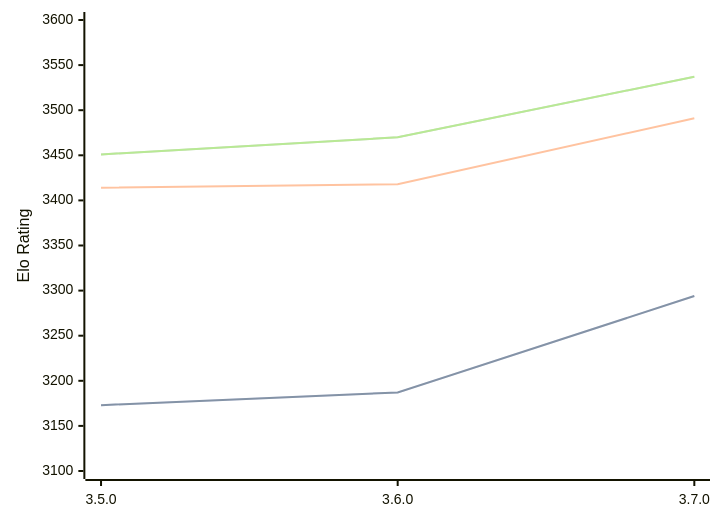
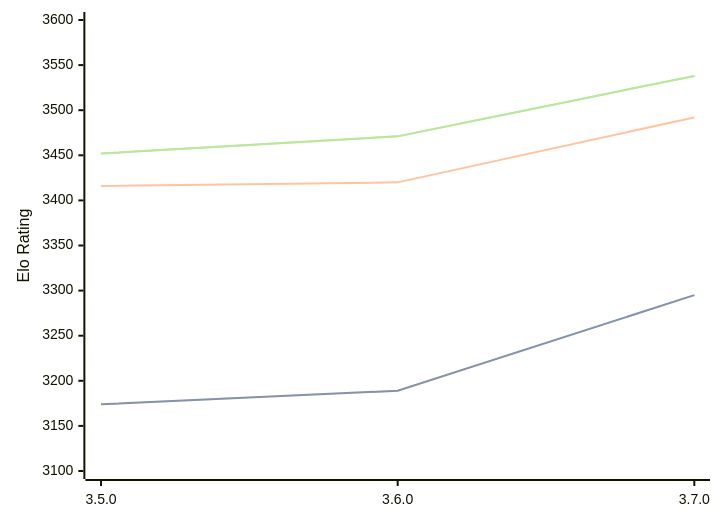
Before and after one commit to computer-chess-index/cci: the diagram in engines/Igel.md, drawn with Mermaid. The commit also changed other lines of this file, not shown here.

Commit message:
Update CCI Ratings (ELO VLTC) - 2026-10-09

````diff
--- a/engines/Igel.md
+++ b/engines/Igel.md
@@ -33,11 +33,11 @@
 ```mermaid
 %%{init: {"theme":"base","themeVariables":{"seriesColors:['#a3a3a3','#222221','#faa371']}}}%%
 xychart-beta
   x-axis ["3.5.0", "3.6.0", "3.7.0"]
   y-axis "Elo Rating" 3100 --> 3600
-  line "" [3173, 3187, 3294]
-  line "STC (8.0+0.08s)" [3173, 3187, 3294]
-  line "LTC (60.0+0.60s)" [3414, 3418, 3491]
-  line "" [3451, 3470, 3537]
-  line "VLTC (2m24s+1.12s)" [3451, 3470, 3537]
+  line "" [3174, 3189, 3295]
+  line "STC (8.0+0.08s)" [3174, 3189, 3295]
+  line "LTC (60.0+0.60s)" [3416, 3420, 3492]
+  line "" [3452, 3471, 3538]
+  line "VLTC (2m24s+1.12s)" [3452, 3471, 3538]
 ```
````
